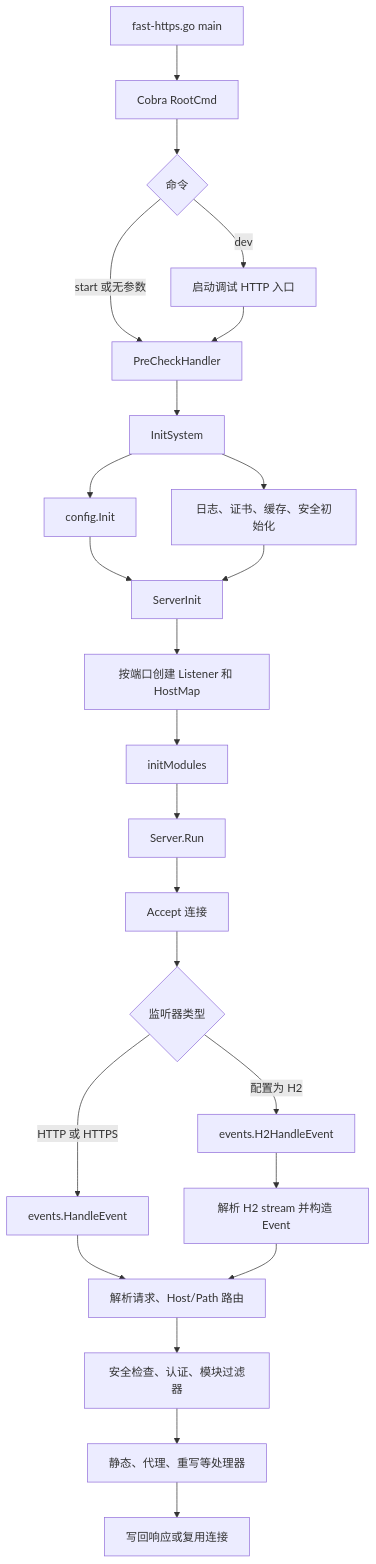
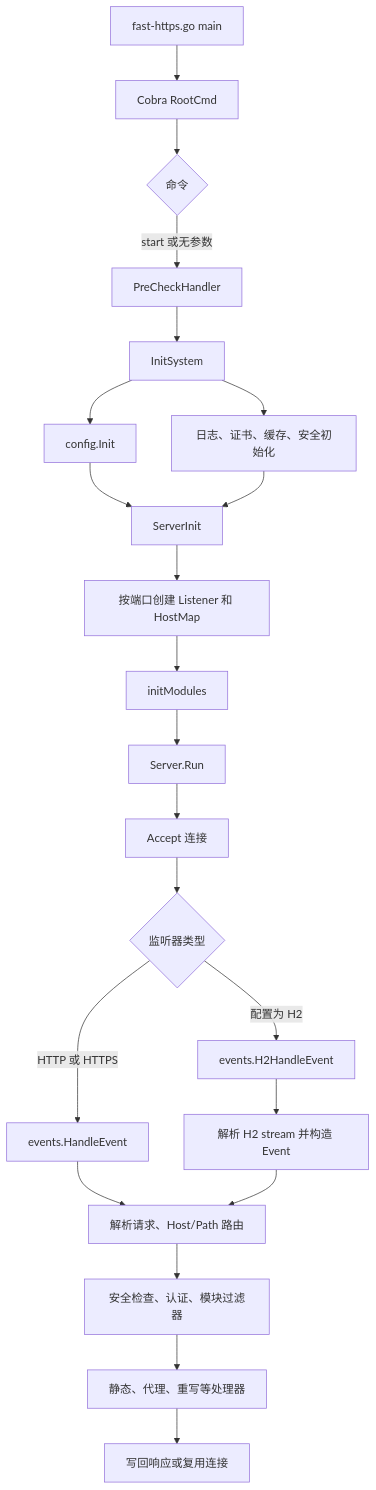
Before and after one commit to ncepu-iDealStudio/Fast-Https: the diagram in docs/about.md, drawn with Mermaid. The commit also changed other lines of this file and 20 other files, not shown here.

````diff
--- a/docs/about.md
+++ b/docs/about.md
@@ -7,26 +7,24 @@
 ```mermaid
 flowchart TD
     A[fast-https.go main] --> B[Cobra RootCmd]
     B --> C{命令}
     C -->|start 或无参数| D[PreCheckHandler]
-    C -->|dev| E[启动调试 HTTP 入口]
-    E --> D
     D --> F[InitSystem]
     F --> G[config.Init]
     F --> H[日志、证书、缓存、安全初始化]
     G --> I[ServerInit]
     H --> I
     I --> J[按端口创建 Listener 和 HostMap]
     J --> K[initModules]
     K --> L[Server.Run]
     L --> M[Accept 连接]
     M --> N{监听器类型}
     N -->|HTTP 或 HTTPS| O[events.HandleEvent]
     N -->|配置为 H2| P[events.H2HandleEvent]
     O --> Q[解析请求、Host/Path 路由]
     P --> R[解析 H2 stream 并构造 Event]
     R --> Q
     Q --> S[安全检查、认证、模块过滤器]
     S --> T[静态、代理、重写等处理器]
     T --> U[写回响应或复用连接]
 ```
````
